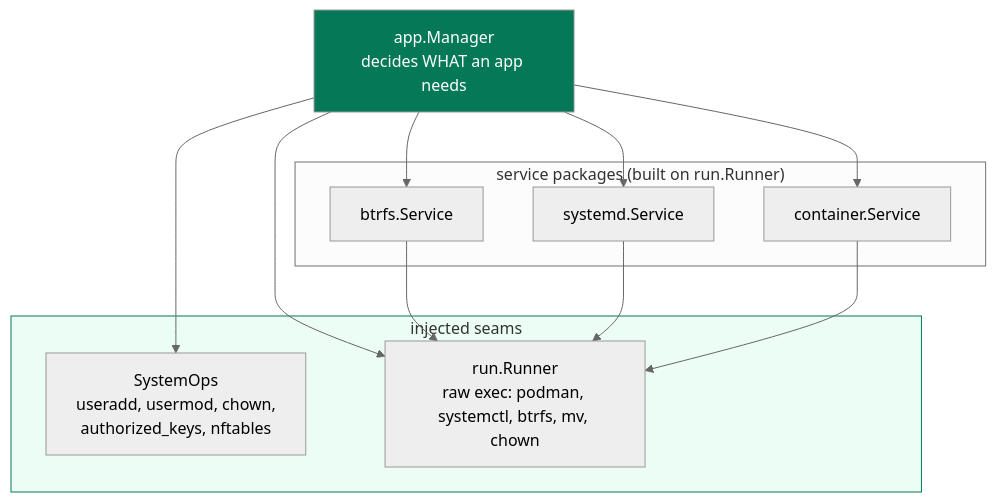
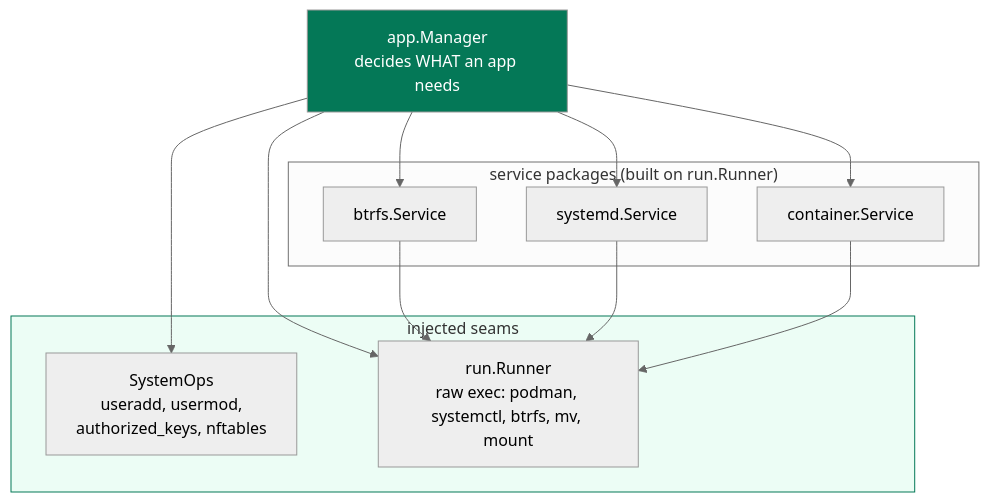
Before and after one commit to binwiederhier/hostit: the diagram in docs/subsystems/seams-and-testing.md, drawn with Mermaid (neutral theme). The commit also changed other lines of this file and 14 other files, not shown here.

````diff
--- a/docs/subsystems/seams-and-testing.md
+++ b/docs/subsystems/seams-and-testing.md
@@ -15,23 +15,23 @@
 ```mermaid
 flowchart TB
     mgr["app.Manager<br/>decides WHAT an app needs"]
     subgraph seams["injected seams"]
-        ops["SystemOps<br/>useradd, usermod, chown,<br/>authorized_keys, nftables"]
-        runner["run.Runner<br/>raw exec: podman, systemctl, btrfs, mv, chown"]
+        ops["SystemOps<br/>useradd, usermod,<br/>authorized_keys, nftables"]
+        runner["run.Runner<br/>raw exec: podman, systemctl, btrfs, mv, mount"]
     end
     subgraph svc["service packages (built on run.Runner)"]
         btrfs["btrfs.Service"]
         systemd["systemd.Service"]
         container["container.Service"]
     end
     mgr --> ops
     mgr --> runner
     mgr --> btrfs
     mgr --> systemd
     mgr --> container
     btrfs --> runner
     systemd --> runner
     container --> runner
     style mgr fill:#047857,color:#fff
     style seams fill:#ecfdf5,stroke:#047857
 ```
````
